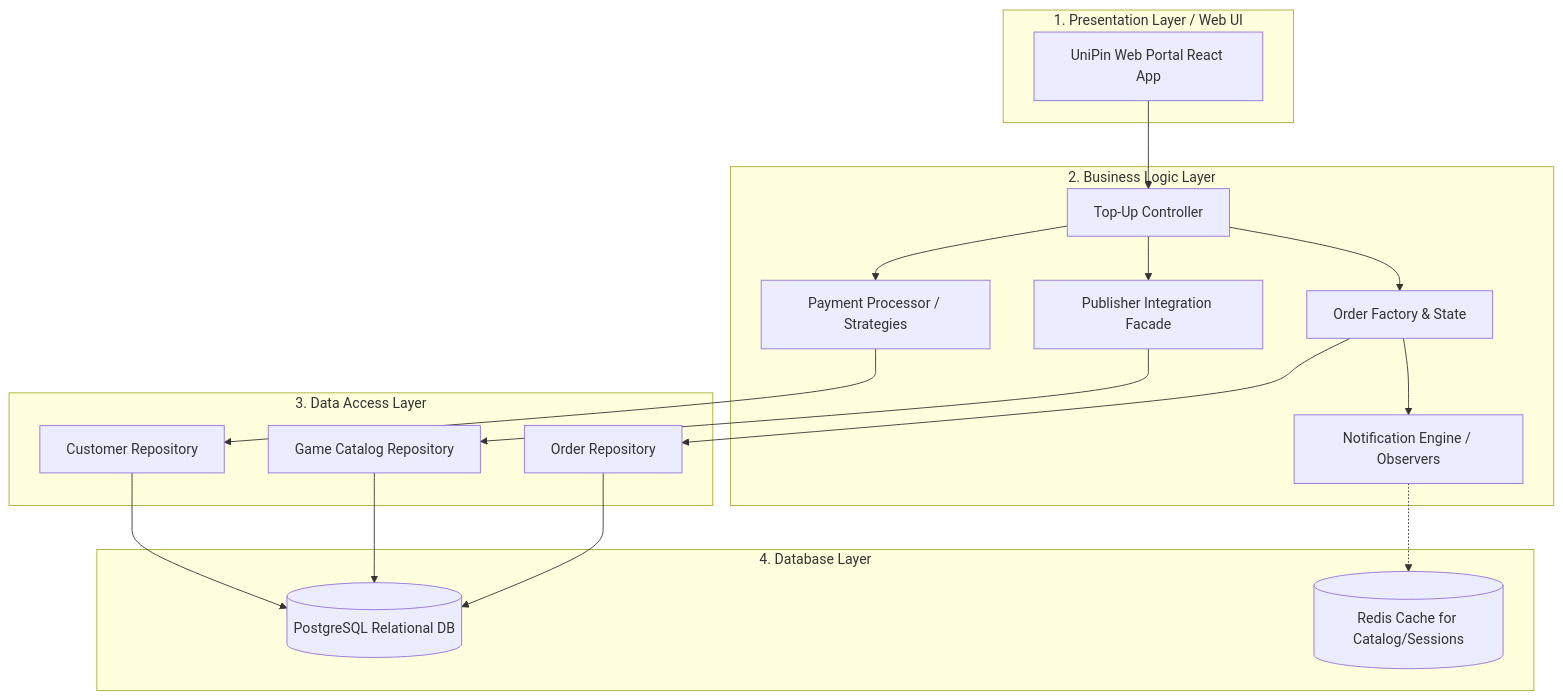
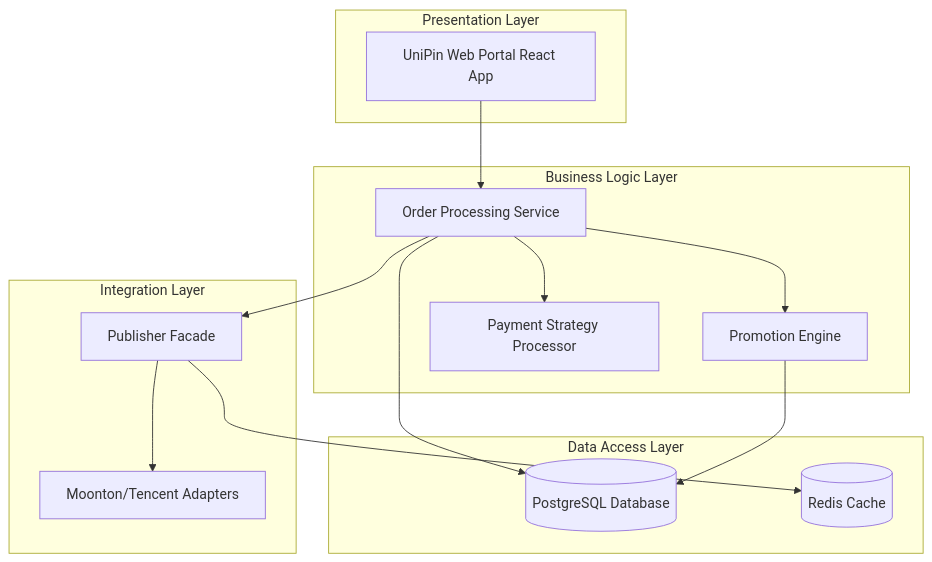
The sixth of 6 diagrams in Final_UniPin_SDD_Submission.md (ROS-RENDO/Unipin-Final), drawn with Mermaid before and after one commit. The commit also changed other lines of this file, not shown here.

````diff
--- a/Final_UniPin_SDD_Submission.md
+++ b/Final_UniPin_SDD_Submission.md
@@ -519,44 +487,32 @@
 ```mermaid
 flowchart TD
-    subgraph Presentation Layer [1. Presentation Layer / Web UI]
+    subgraph Presentation Layer
         WebPortal[UniPin Web Portal React App]
     end
 
-    subgraph Business Logic Layer [2. Business Logic Layer]
-        OrderController[Top-Up Controller]
-        PaymentProcessor[Payment Processor / Strategies]
-        PublisherFacade[Publisher Integration Facade]
-        NotificationEngine[Notification Engine / Observers]
-        OrderFactory[Order Factory & State]
+    subgraph Business Logic Layer
+        OrderSvc[Order Processing Service]
+        PromoSvc[Promotion Engine]
+        PaySvc[Payment Strategy Processor]
     end
 
-    subgraph Data Access Layer [3. Data Access Layer]
-        UserRepository[Customer Repository]
-        OrderRepository[Order Repository]
-        CatalogRepository[Game Catalog Repository]
+    subgraph Integration Layer
+        Facade[Publisher Facade]
+        Adapters[Moonton/Tencent Adapters]
     end
 
-    subgraph Database Layer [4. Database Layer]
-        PostgreSQL[(PostgreSQL Relational DB)]
-        Redis[(Redis Cache for Catalog/Sessions)]
+    subgraph Data Access Layer
+        DB[(PostgreSQL Database)]
+        Redis[(Redis Cache)]
     end
 
-    %% Mapping connections
-    WebPortal --> OrderController
+    WebPortal --> OrderSvc
+    OrderSvc --> PromoSvc
+    OrderSvc --> PaySvc
+    OrderSvc --> Facade
+    Facade --> Adapters
     
-    OrderController --> OrderFactory
-    OrderController --> PublisherFacade
-    OrderController --> PaymentProcessor
-    
-    OrderFactory --> NotificationEngine
-    
-    OrderFactory --> OrderRepository
-    PaymentProcessor --> UserRepository
-    PublisherFacade --> CatalogRepository
-    
-    UserRepository --> PostgreSQL
-    OrderRepository --> PostgreSQL
-    CatalogRepository --> PostgreSQL
-    
-    NotificationEngine -.-> Redis
+    OrderSvc --> DB
+    PromoSvc --> DB
+    Facade --> Redis
 ```
````
